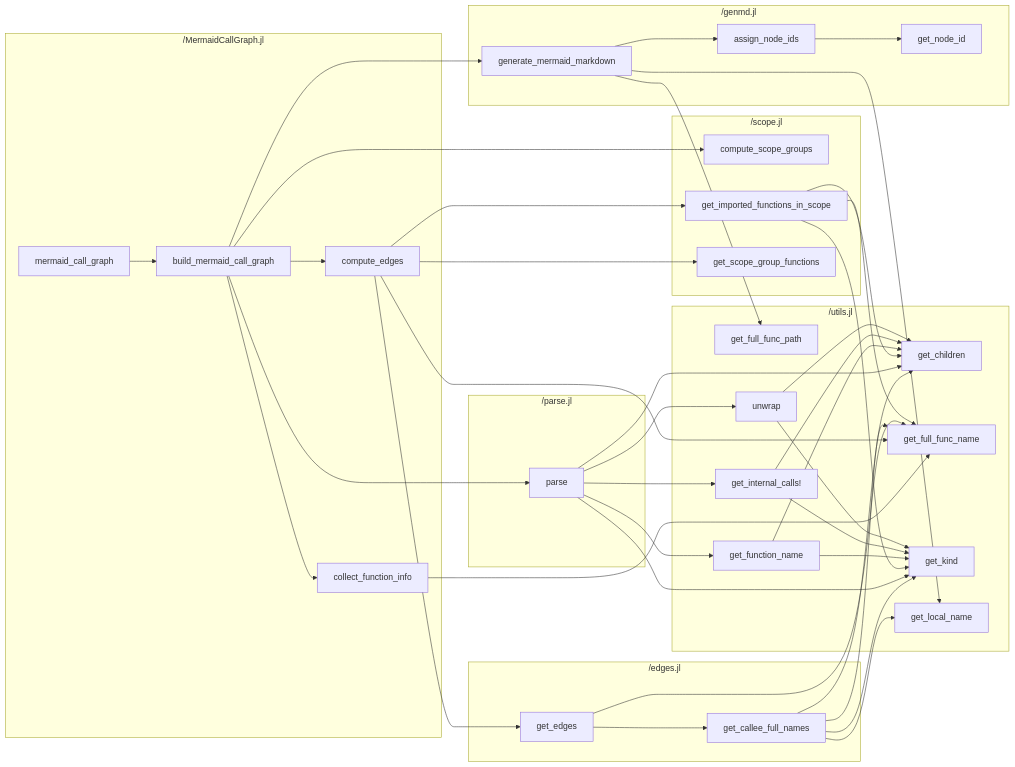
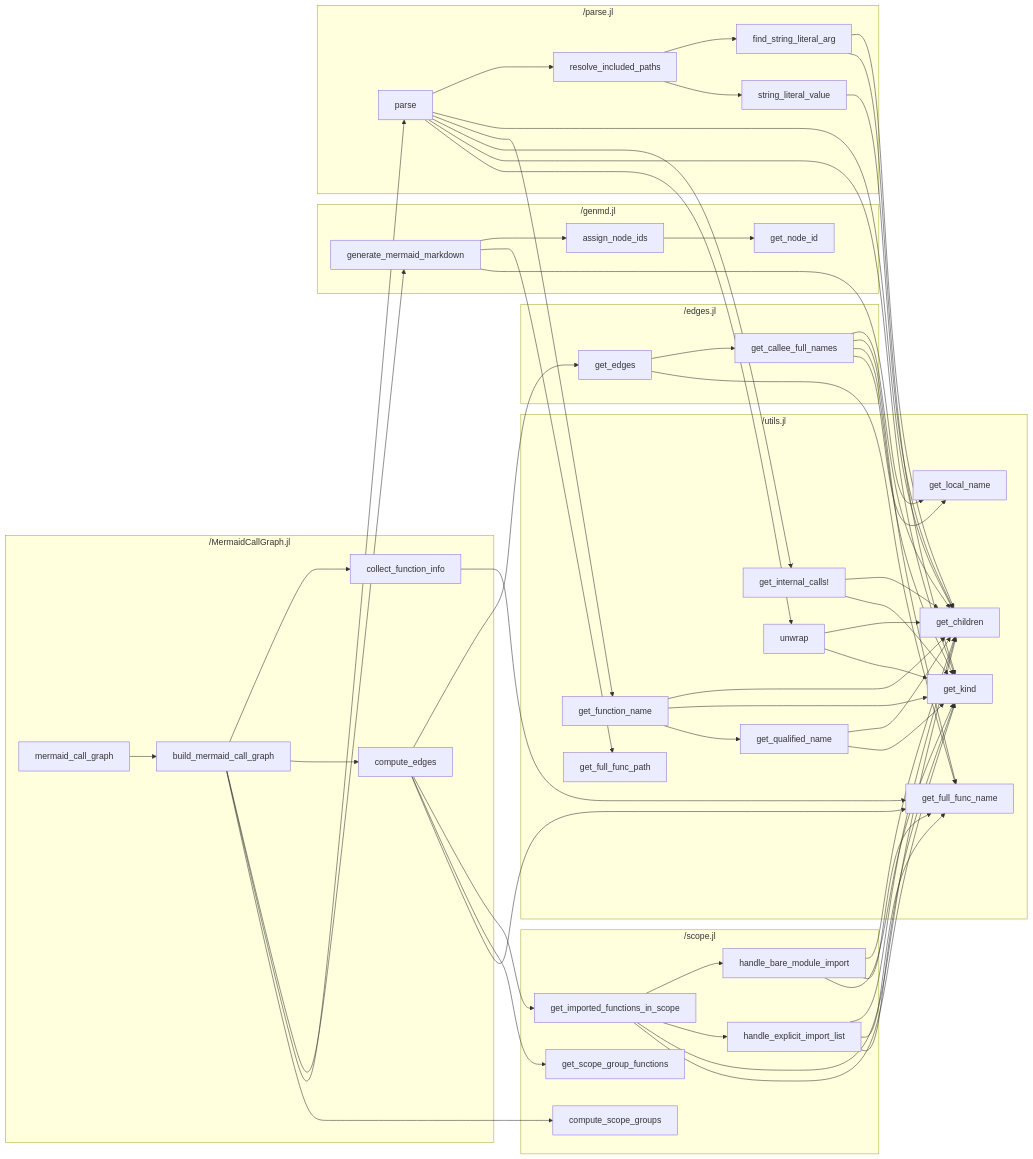
Before and after one commit to t-garin/MermaidCallGraph.jl: the diagram in test/expected_mermaid_call_graph.md, drawn with Mermaid. The commit also changed 5 other files, not shown here.

````diff
--- a/test/expected_mermaid_call_graph.md
+++ b/test/expected_mermaid_call_graph.md
@@ -16,12 +16,17 @@
         _genmd_jl_get_node_id["get_node_id"]
     end
     subgraph "/parse.jl"
+        _parse_jl_find_string_literal_arg["find_string_literal_arg"]
         _parse_jl_parse["parse"]
+        _parse_jl_resolve_included_paths["resolve_included_paths"]
+        _parse_jl_string_literal_value["string_literal_value"]
     end
     subgraph "/scope.jl"
         _scope_jl_compute_scope_groups["compute_scope_groups"]
         _scope_jl_get_imported_functions_in_scope["get_imported_functions_in_scope"]
         _scope_jl_get_scope_group_functions["get_scope_group_functions"]
+        _scope_jl_handle_bare_module_import["handle_bare_module_import"]
+        _scope_jl_handle_explicit_import_list["handle_explicit_import_list"]
     end
     subgraph "/utils.jl"
         _utils_jl_get_children["get_children"]
@@ -31,6 +36,7 @@
         _utils_jl_get_internal_calls_["get_internal_calls!"]
         _utils_jl_get_kind["get_kind"]
         _utils_jl_get_local_name["get_local_name"]
+        _utils_jl_get_qualified_name["get_qualified_name"]
         _utils_jl_unwrap["unwrap"]
     end
     _MermaidCallGraph_jl_build_mermaid_call_graph --> _MermaidCallGraph_jl_collect_function_info
@@ -54,18 +60,34 @@
     _genmd_jl_generate_mermaid_markdown --> _genmd_jl_assign_node_ids
     _genmd_jl_generate_mermaid_markdown --> _utils_jl_get_full_func_path
     _genmd_jl_generate_mermaid_markdown --> _utils_jl_get_local_name
+    _parse_jl_find_string_literal_arg --> _utils_jl_get_children
+    _parse_jl_find_string_literal_arg --> _utils_jl_get_kind
+    _parse_jl_parse --> _parse_jl_resolve_included_paths
     _parse_jl_parse --> _utils_jl_get_children
     _parse_jl_parse --> _utils_jl_get_function_name
     _parse_jl_parse --> _utils_jl_get_internal_calls_
     _parse_jl_parse --> _utils_jl_get_kind
     _parse_jl_parse --> _utils_jl_unwrap
+    _parse_jl_resolve_included_paths --> _parse_jl_find_string_literal_arg
+    _parse_jl_resolve_included_paths --> _parse_jl_string_literal_value
+    _parse_jl_string_literal_value --> _utils_jl_get_children
+    _scope_jl_get_imported_functions_in_scope --> _scope_jl_handle_bare_module_import
+    _scope_jl_get_imported_functions_in_scope --> _scope_jl_handle_explicit_import_list
     _scope_jl_get_imported_functions_in_scope --> _utils_jl_get_children
-    _scope_jl_get_imported_functions_in_scope --> _utils_jl_get_full_func_name
     _scope_jl_get_imported_functions_in_scope --> _utils_jl_get_kind
+    _scope_jl_handle_bare_module_import --> _utils_jl_get_children
+    _scope_jl_handle_bare_module_import --> _utils_jl_get_full_func_name
+    _scope_jl_handle_bare_module_import --> _utils_jl_get_kind
+    _scope_jl_handle_explicit_import_list --> _utils_jl_get_children
+    _scope_jl_handle_explicit_import_list --> _utils_jl_get_full_func_name
+    _scope_jl_handle_explicit_import_list --> _utils_jl_get_kind
     _utils_jl_get_function_name --> _utils_jl_get_children
     _utils_jl_get_function_name --> _utils_jl_get_kind
+    _utils_jl_get_function_name --> _utils_jl_get_qualified_name
     _utils_jl_get_internal_calls_ --> _utils_jl_get_children
     _utils_jl_get_internal_calls_ --> _utils_jl_get_kind
+    _utils_jl_get_qualified_name --> _utils_jl_get_children
+    _utils_jl_get_qualified_name --> _utils_jl_get_kind
     _utils_jl_unwrap --> _utils_jl_get_children
     _utils_jl_unwrap --> _utils_jl_get_kind
 ```
````
